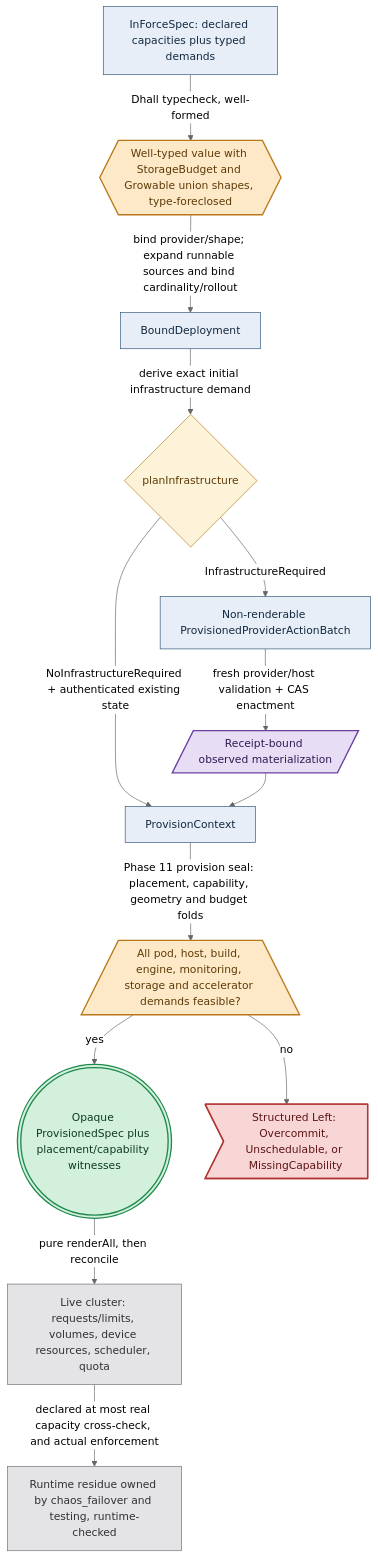
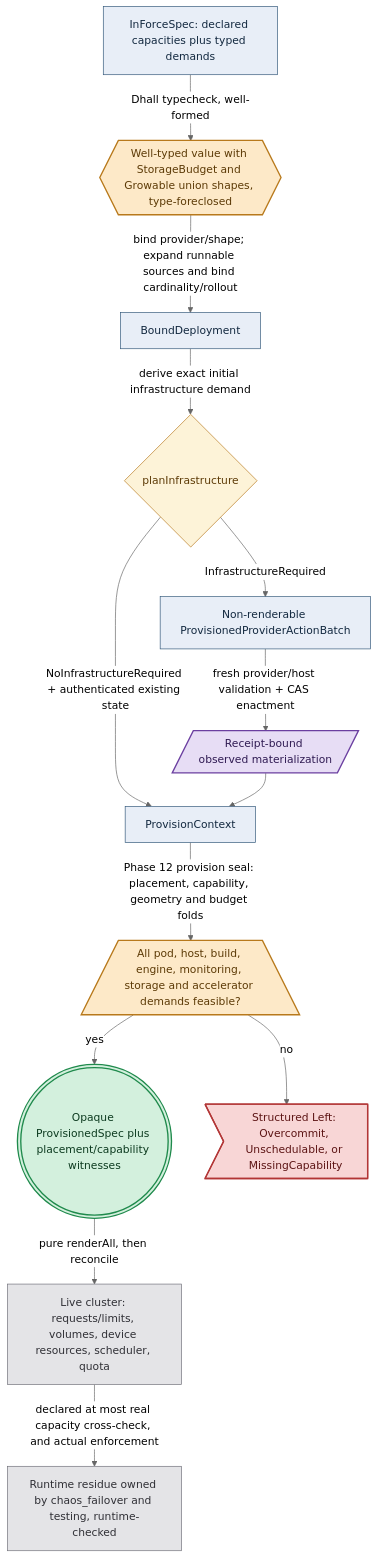
The diagram in documents/engineering/resource_capacity_doctrine.md (Tuee22/amoebius), drawn with Mermaid (neutral theme) before and after one commit. The commit also changed other lines of this file and 323 other files, not shown here.

````diff
--- a/documents/engineering/resource_capacity_doctrine.md
+++ b/documents/engineering/resource_capacity_doctrine.md
@@ -161,23 +161,23 @@
 ```mermaid
 flowchart TD
 %% register: algebra
   spec["InForceSpec: declared capacities plus typed demands"]:::intent -->|Dhall typecheck, well-formed| typed{{"Well-typed value with StorageBudget and Growable union shapes, type-foreclosed"}}:::gate
   typed -->|bind provider/shape; expand runnable sources and bind cardinality/rollout| bound["BoundDeployment"]:::intent
   bound -->|derive exact initial infrastructure demand| infra{"planInfrastructure"}:::decision
   infra -->|NoInfrastructureRequired + authenticated existing state| context["ProvisionContext"]:::intent
   infra -->|InfrastructureRequired| batch["Non-renderable ProvisionedProviderActionBatch"]:::intent
   batch -->|fresh provider/host validation + CAS enactment| receipt[/"Receipt-bound observed materialization"/]:::effect
   receipt --> context
-  context -->|Phase 11 provision seal: placement, capability, geometry and budget folds| fold[/"All pod, host, build, engine, monitoring, storage and accelerator demands feasible?"\]:::gate
+  context -->|Phase 12 provision seal: placement, capability, geometry and budget folds| fold[/"All pod, host, build, engine, monitoring, storage and accelerator demands feasible?"\]:::gate
   fold -->|yes| ir((("Opaque ProvisionedSpec plus placement/capability witnesses"))):::seal
   fold -->|no| reject>"Structured Left: Overcommit, Unschedulable, or MissingCapability"]:::refuse
   ir -->|pure renderAll, then reconcile| runtime["Live cluster: requests/limits, volumes, device resources, scheduler, quota"]:::runtime
   runtime -->|declared at most real capacity cross-check, and actual enforcement| runtime-checked["Runtime residue owned by chaos_failover and testing, runtime-checked"]:::runtime
   classDef intent   fill:#e8eef7,stroke:#33587a,color:#12283f,stroke-width:1px
   classDef gate     fill:#fde9c8,stroke:#b8791b,color:#5c3a06,stroke-width:2px
   classDef decision fill:#fdf3d8,stroke:#b8791b,color:#5c3a06,stroke-width:1px
   classDef effect   fill:#e7ddf5,stroke:#6b3fa0,color:#2f1a52,stroke-width:2px
   classDef seal     fill:#d3f0dd,stroke:#1f8a4c,color:#0c3a1f,stroke-width:2px
   classDef refuse   fill:#f8d6d6,stroke:#b23636,color:#5c1414,stroke-width:2px
   classDef runtime  fill:#e4e4e7,stroke:#71717a,color:#2f2f35,stroke-width:1px
 ```
````
